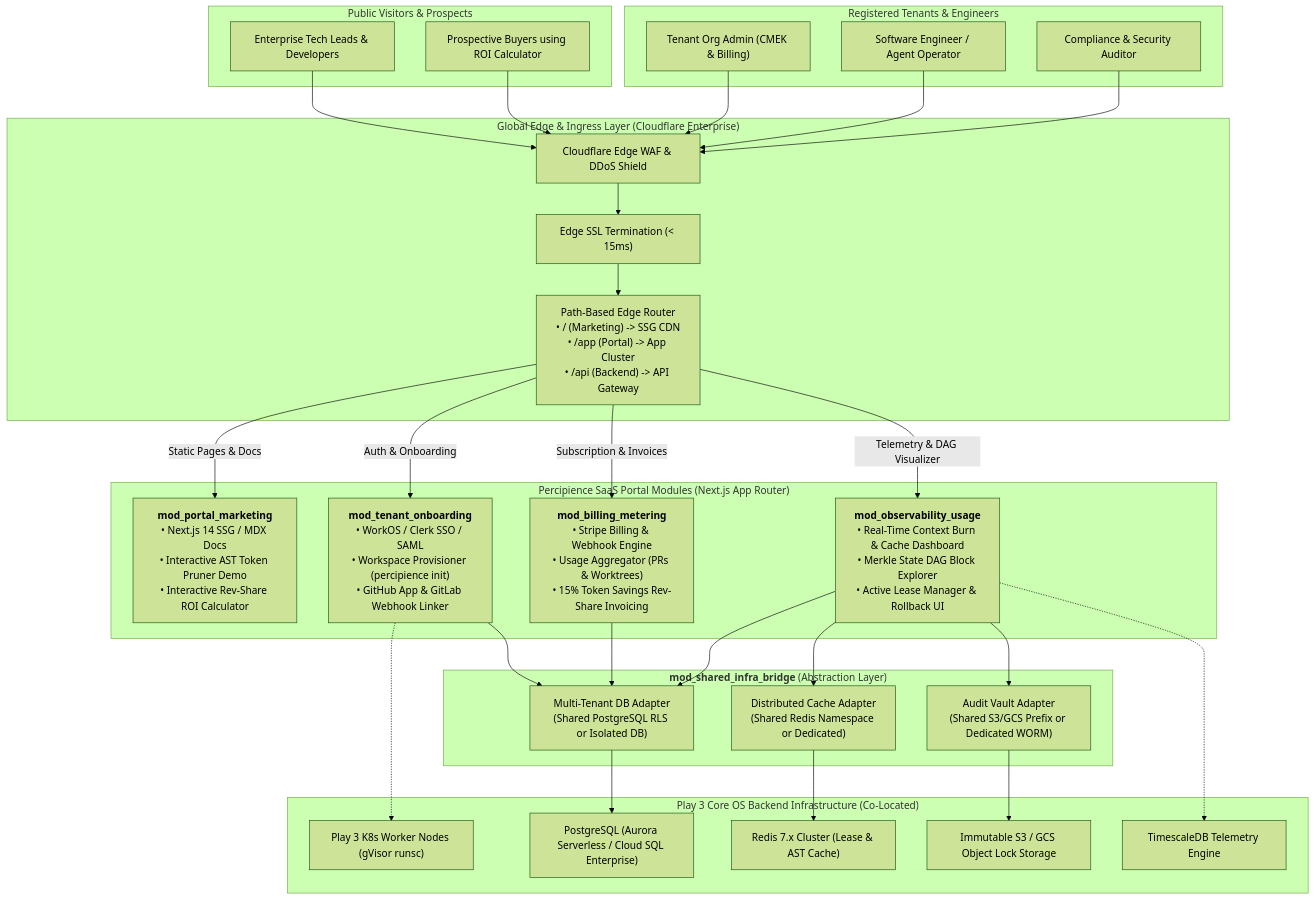
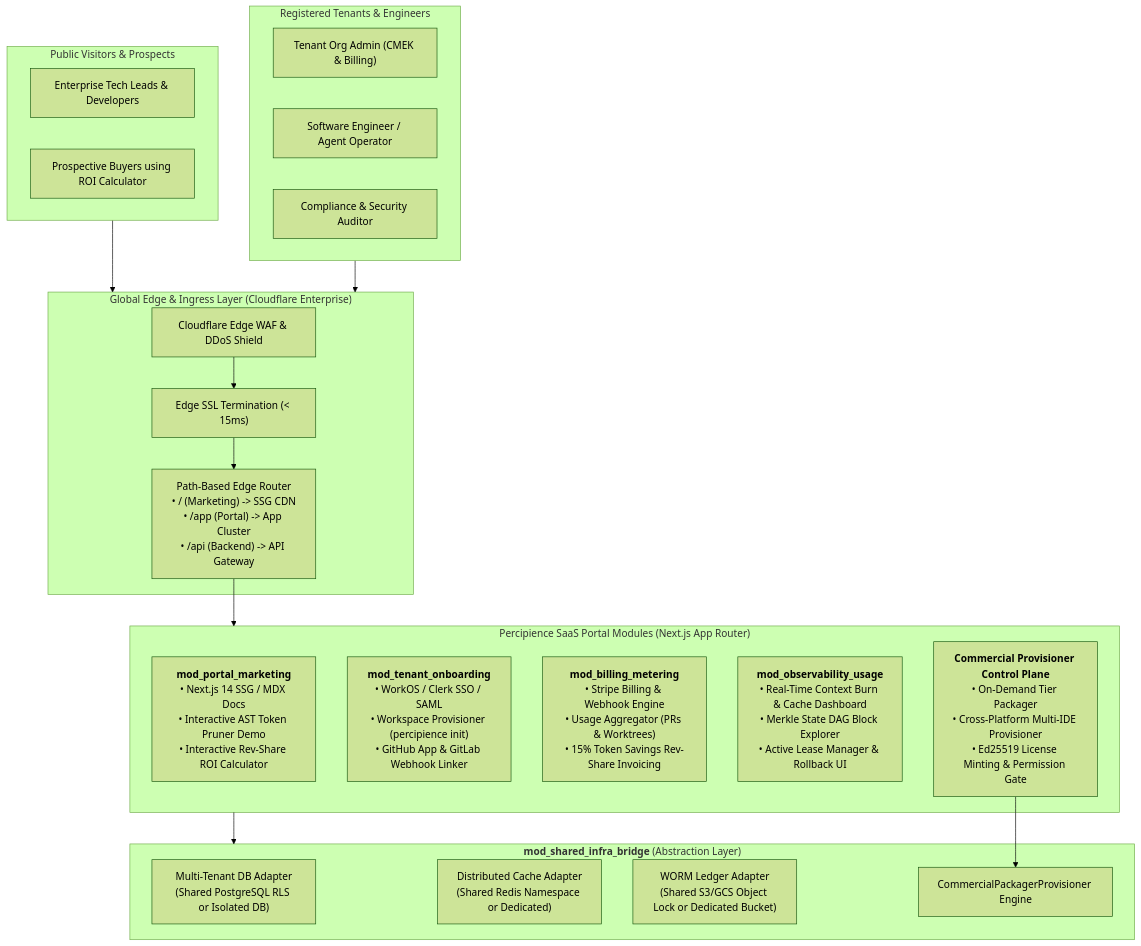
Before and after one commit to lakhwindersingh/nb_fairyfly: the first of 2 diagrams in .nb/plan/l2/corp-site-saas-portal/detailed.md, drawn with Mermaid (forest theme). The commit also changed other lines of this file and 16 other files, not shown here.

````diff
--- a/.nb/plan/l2/corp-site-saas-portal/detailed.md
+++ b/.nb/plan/l2/corp-site-saas-portal/detailed.md
@@ -71,67 +87,41 @@
 ```mermaid
 flowchart TD
   subgraph PublicUsers["Public Visitors & Prospects"]
     Visitor["Enterprise Tech Leads & Developers"]
     ROIViewer["Prospective Buyers using ROI Calculator"]
   end
 
   subgraph AuthenticatedUsers["Registered Tenants & Engineers"]
     TenantAdmin["Tenant Org Admin (CMEK & Billing)"]
     DevUser["Software Engineer / Agent Operator"]
     Auditor["Compliance & Security Auditor"]
   end
 
   subgraph EdgeLayer["Global Edge & Ingress Layer (Cloudflare Enterprise)"]
     WAF["Cloudflare Edge WAF & DDoS Shield"]
     SSL["Edge SSL Termination (< 15ms)"]
     EdgeRouter["Path-Based Edge Router<br/>• / (Marketing) -> SSG CDN<br/>• /app (Portal) -> App Cluster<br/>• /api (Backend) -> API Gateway"]
     WAF --> SSL --> EdgeRouter
   end
 
   subgraph ModulePlane["Percipience SaaS Portal Modules (Next.js App Router)"]
     M1["<b>mod_portal_marketing</b><br/>• Next.js 14 SSG / MDX Docs<br/>• Interactive AST Token Pruner Demo<br/>• Interactive Rev-Share ROI Calculator"]
     M2["<b>mod_tenant_onboarding</b><br/>• WorkOS / Clerk SSO / SAML<br/>• Workspace Provisioner (percipience init)<br/>• GitHub App & GitLab Webhook Linker"]
     M3["<b>mod_billing_metering</b><br/>• Stripe Billing & Webhook Engine<br/>• Usage Aggregator (PRs & Worktrees)<br/>• 15% Token Savings Rev-Share Invoicing"]
     M4["<b>mod_observability_usage</b><br/>• Real-Time Context Burn & Cache Dashboard<br/>• Merkle State DAG Block Explorer<br/>• Active Lease Manager & Rollback UI"]
+    M5["<b>Commercial Provisioner Control Plane</b><br/>• On-Demand Tier Packager<br/>• Cross-Platform Multi-IDE Provisioner<br/>• Ed25519 License Minting & Permission Gate"]
   end
 
   subgraph InfraBridge["<b>mod_shared_infra_bridge</b> (Abstraction Layer)"]
     DBAdapter["Multi-Tenant DB Adapter<br/>(Shared PostgreSQL RLS or Isolated DB)"]
     CacheAdapter["Distributed Cache Adapter<br/>(Shared Redis Namespace or Dedicated)"]
-    AuditAdapter["Audit Vault Adapter<br/>(Shared S3/GCS Prefix or Dedicated WORM)"]
+    WormAdapter["WORM Ledger Adapter<br/>(Shared S3/GCS Object Lock or Dedicated Bucket)"]
+    PackagerEngine["CommercialPackagerProvisioner Engine"]
   end
 
-  subgraph SharedCoreBackend["Play 3 Core OS Backend Infrastructure (Co-Located)"]
-    CoreK8s["Play 3 K8s Worker Nodes (gVisor runsc)"]
-    AuroraDB["PostgreSQL (Aurora Serverless / Cloud SQL Enterprise)"]
-    RedisCore["Redis 7.x Cluster (Lease & AST Cache)"]
-    S3WORM["Immutable S3 / GCS Object Lock Storage"]
-    Timescale["TimescaleDB Telemetry Engine"]
-  end
-
-  %% Routing
-  Visitor --> WAF
-  ROIViewer --> WAF
-  TenantAdmin --> WAF
-  DevUser --> WAF
-  Auditor --> WAF
-
-  EdgeRouter -->|Static Pages & Docs| M1
-  EdgeRouter -->|Auth & Onboarding| M2
-  EdgeRouter -->|Subscription & Invoices| M3
-  EdgeRouter -->|Telemetry & DAG Visualizer| M4
-
-  %% Modules to Bridge
-  M2 --> DBAdapter
-  M3 --> DBAdapter
-  M4 --> DBAdapter
-  M4 --> CacheAdapter
-  M4 --> AuditAdapter
-
-  %% Bridge to Shared Infrastructure
-  DBAdapter --> AuroraDB
-  CacheAdapter --> RedisCore
-  AuditAdapter --> S3WORM
-  M4 -.-> Timescale
-  M2 -.-> CoreK8s
+  PublicUsers --> EdgeLayer
+  AuthenticatedUsers --> EdgeLayer
+  EdgeRouter --> ModulePlane
+  ModulePlane --> InfraBridge
+  M5 --> PackagerEngine
 ```
````
